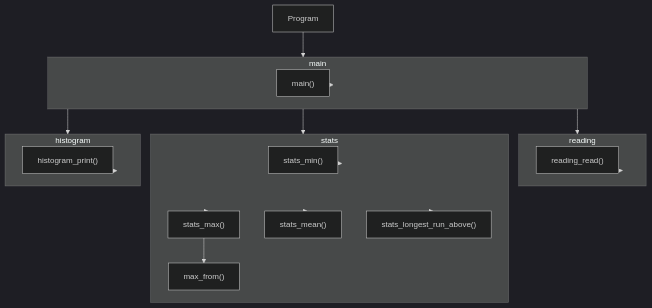
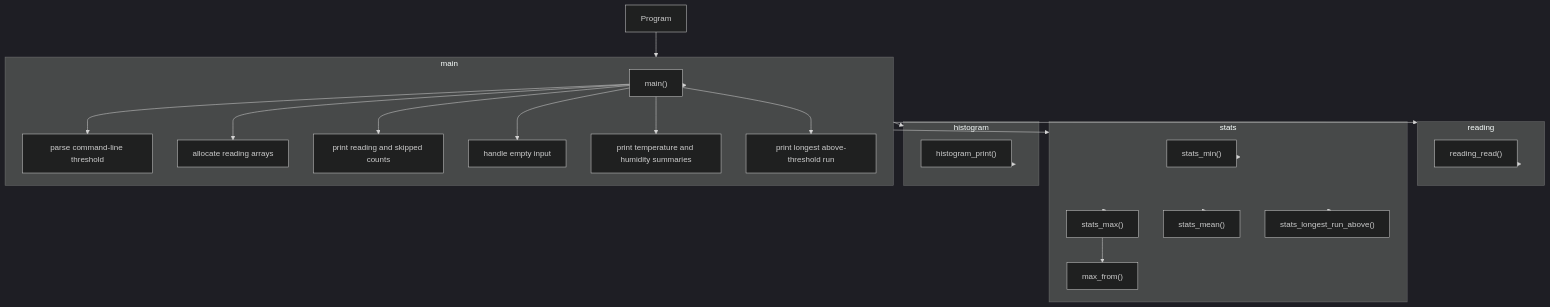
Before and after one commit to kieranm2005/ECE-361: the diagram in hw02/README.md, drawn with Mermaid (dark theme). The commit also changed 1 other file, not shown here.

Commit message:
Update README.md to enhance module diagram.

````diff
--- a/hw02/README.md
+++ b/hw02/README.md
@@ -29,36 +29,48 @@
 ```mermaid
 graph TD;
     Program-->main_module;
     main_module-->reading_module;
     main_module-->stats_module;
     main_module-->histogram_module;
 
     subgraph reading_module["reading"]
         reading_read["reading_read()"]
     end
 
     subgraph stats_module["stats"]
         stats_min["stats_min()"]
         stats_max["stats_max()"]
         stats_mean["stats_mean()"]
         stats_longest_run_above["stats_longest_run_above()"]
         max_from["max_from()"]
         stats_max-->max_from
     end
 
     subgraph histogram_module["histogram"]
         histogram_print["histogram_print()"]
     end
 
     subgraph main_module["main"]
         main_function["main()"]
+        parse_args["parse command-line threshold"]
+        allocate_data["allocate reading arrays"]
+        print_counts["print reading and skipped counts"]
+        handle_empty["handle empty input"]
+        print_summary["print temperature and humidity summaries"]
+        print_run["print longest above-threshold run"]
+        main_function-->parse_args
+        main_function-->allocate_data
+        main_function-->print_counts
+        main_function-->handle_empty
+        main_function-->print_summary
+        main_function-->print_run
     end
 
     reading_module-->reading_read
     stats_module-->stats_min;
     stats_module-->stats_max;
     stats_module-->stats_mean;
     stats_module-->stats_longest_run_above;
     histogram_module-->histogram_print;
     main_module-->main_function;
 ```
````
